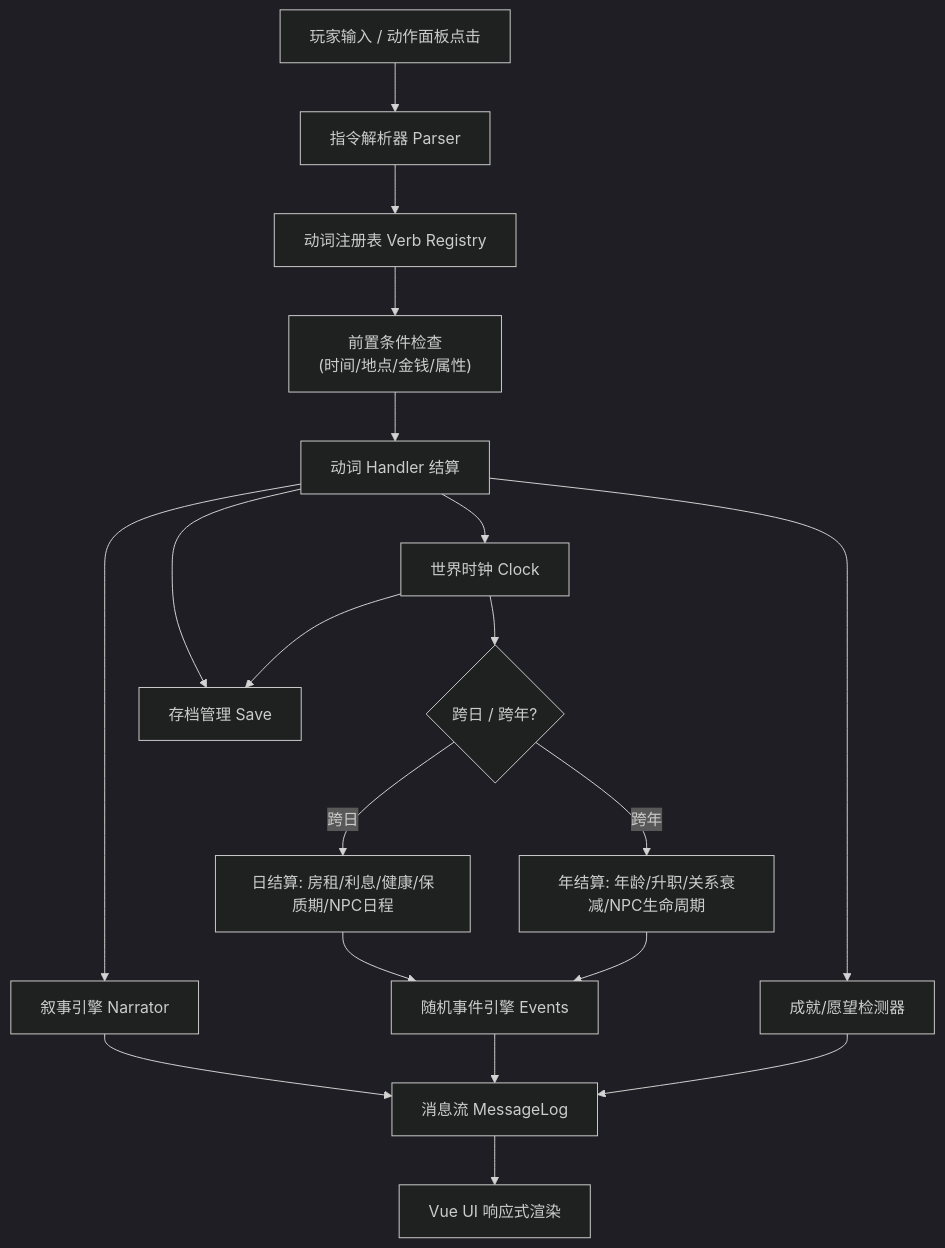
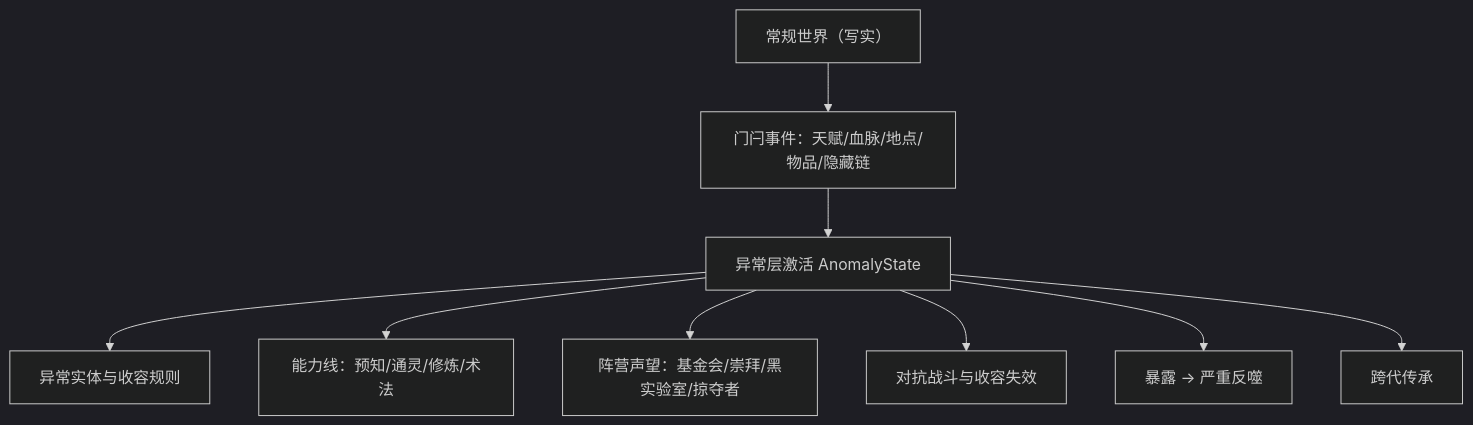
One commit to 3uejz/- changed the sixth of 6 diagrams in .monkeycode/specs/life-text-sandbox/design.md. Above: the diagram before and after it, drawn with Mermaid (dark theme). The commit also changed other lines of this file and 21 other files, not shown here.

````diff
--- a/.monkeycode/specs/life-text-sandbox/design.md
+++ b/.monkeycode/specs/life-text-sandbox/design.md
@@ -23,21 +188,11 @@
 ```mermaid
 graph TD
-    A["玩家输入 / 动作面板点击"] --> B["指令解析器 Parser"]
-    B --> C["动词注册表 Verb Registry"]
-    C --> D["前置条件检查<br/>(时间/地点/金钱/属性)"]
-    D --> E["动词 Handler 结算"]
-    E --> F["叙事引擎 Narrator"]
-    F --> G["消息流 MessageLog"]
-    E --> H["世界时钟 Clock"]
-    H --> I{"跨日 / 跨年?"}
-    I -->|跨日| J["日结算: 房租/利息/健康/保质期/NPC日程"]
-    I -->|跨年| K["年结算: 年龄/升职/关系衰减/NPC生命周期"]
-    J --> L["随机事件引擎 Events"]
-    K --> L
-    L --> G
-    E --> M["成就/愿望检测器"]
-    M --> G
-    G --> N["Vue UI 响应式渲染"]
-    E --> O["存档管理 Save"]
-    H --> O
+    A["常规世界（写实）"] --> B["门闩事件：天赋/血脉/地点/物品/隐藏链"]
+    B --> C["异常层激活 AnomalyState"]
+    C --> D["异常实体与收容规则"]
+    C --> E["能力线：预知/通灵/修炼/术法"]
+    C --> F["阵营声望：基金会/崇拜/黑实验室/掠夺者"]
+    C --> G["对抗战斗与收容失效"]
+    C --> H["暴露 → 严重反噬"]
+    C --> I["跨代传承"]
 ```
````
